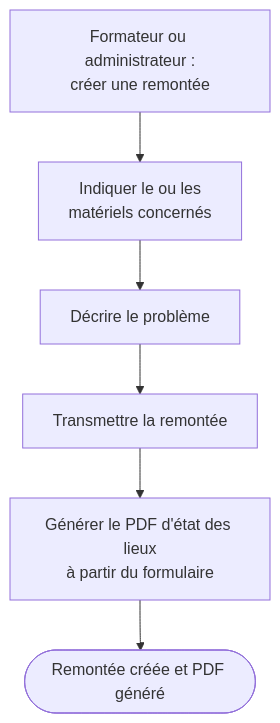
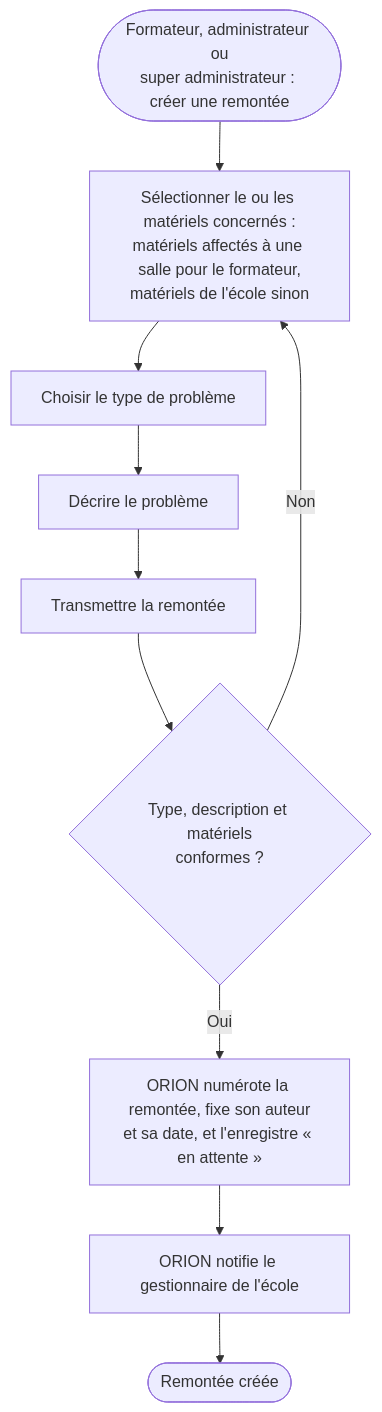
Before and after one commit to bpierrelouis/aster: the second of 10 diagrams in docs/02-ANALYSE/01-MODELISATION-METIER/07-DIAGRAMMES-ACTIVITE.md, drawn with Mermaid. The commit also changed other lines of this file and 4 other files, not shown here.

First line of the commit message:
docs(modelisation): mettre à jour les diagrammes de contexte et d'activité

````diff
--- a/docs/02-ANALYSE/01-MODELISATION-METIER/07-DIAGRAMMES-ACTIVITE.md
+++ b/docs/02-ANALYSE/01-MODELISATION-METIER/07-DIAGRAMMES-ACTIVITE.md
@@ -40,8 +50,12 @@
 ```mermaid
 flowchart TD
-    debut["Formateur ou administrateur :<br/>créer une remontée"] --> materiels["Indiquer le ou les<br/>matériels concernés"]
-    materiels --> probleme["Décrire le problème"]
-    probleme --> transmettre["Transmettre la remontée"]
-    transmettre --> pdf["Générer le PDF d'état des lieux<br/>à partir du formulaire"]
-    pdf --> fin(["Remontée créée et PDF généré"])
+    debut(["Formateur, administrateur ou<br/>super administrateur : créer une remontée"]) --> materiels["Sélectionner le ou les matériels concernés :<br/>matériels affectés à une salle pour le formateur,<br/>matériels de l'école sinon"]
+    materiels --> type["Choisir le type de problème"]
+    type --> description["Décrire le problème"]
+    description --> transmettre["Transmettre la remontée"]
+    transmettre --> controle{"Type, description et matériels<br/>conformes ?"}
+    controle -->|"Non"| materiels
+    controle -->|"Oui"| enregistrer["ORION numérote la remontée, fixe son auteur<br/>et sa date, et l'enregistre « en attente »"]
+    enregistrer --> notifier["ORION notifie le gestionnaire de l'école"]
+    notifier --> fin(["Remontée créée"])
 ```
````
